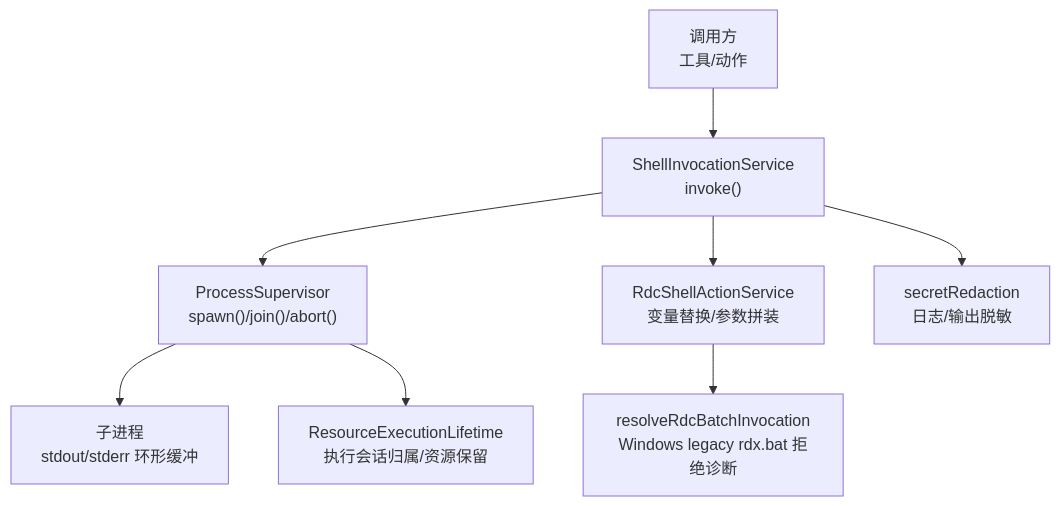
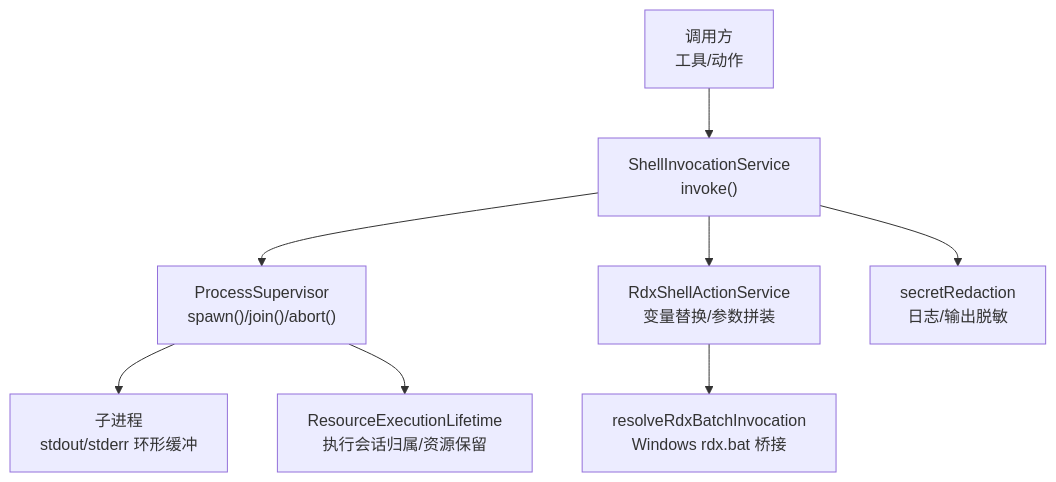
The first of 6 diagrams in .qoder/repowiki/zh/content/核心模块/工具系统/Shell 执行服务.md (haolange/RDC-Agent), drawn with Mermaid before and after one commit. The commit also changed other lines of this file and 150 other files, not shown here.

````diff
--- a/.qoder/repowiki/zh/content/核心模块/工具系统/Shell 执行服务.md
+++ b/.qoder/repowiki/zh/content/核心模块/工具系统/Shell 执行服务.md
@@ -34,10 +34,10 @@
 ```mermaid
 graph TB
 A["调用方<br/>工具/动作"] --> B["ShellInvocationService<br/>invoke()"]
 B --> C["ProcessSupervisor<br/>spawn()/join()/abort()"]
 C --> D["子进程<br/>stdout/stderr 环形缓冲"]
-B --> E["RdcShellActionService<br/>变量替换/参数拼装"]
-E --> F["resolveRdcBatchInvocation<br/>Windows legacy rdx.bat 拒绝诊断"]
+B --> E["RdxShellActionService<br/>变量替换/参数拼装"]
+E --> F["resolveRdxBatchInvocation<br/>Windows rdx.bat 桥接"]
 C --> G["ResourceExecutionLifetime<br/>执行会话归属/资源保留"]
 B --> H["secretRedaction<br/>日志/输出脱敏"]
 ```
````
